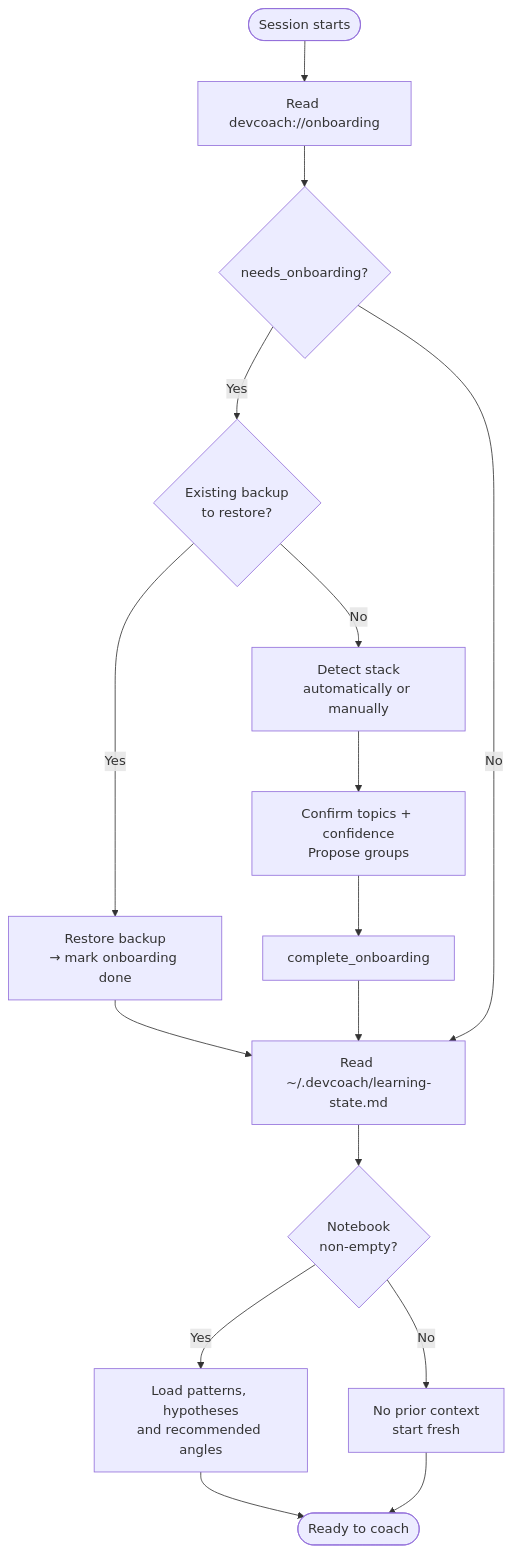
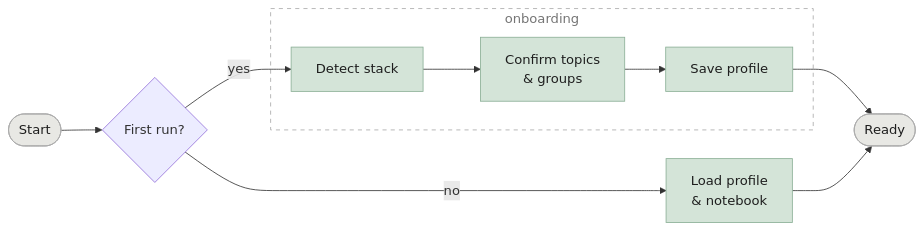
Before and after one commit to UltimaPhoenix/dev-coach: the first of 2 diagrams in docs/how-it-works.md, drawn with Mermaid. The commit also changed other lines of this file and 2 other files, not shown here.

Commit message:
docs: redesign flow diagrams — coaching loop, lesson selection priority table, agentic-loop style

````diff
--- a/docs/how-it-works.md
+++ b/docs/how-it-works.md
@@ -14,16 +14,22 @@
 ```mermaid
-flowchart TD
-    A([Session starts]) --> B[Read devcoach://onboarding]
-    B --> C{needs_onboarding?}
-    C -- Yes --> D{Existing backup\nto restore?}
-    D -- Yes --> E[Restore backup\n→ mark onboarding done]
-    D -- No --> F[Detect stack\nautomatically or manually]
-    F --> G[Confirm topics + confidence\nPropose groups]
-    G --> H[complete_onboarding]
-    E & H --> I
-    C -- No --> I[Read ~/.devcoach/learning-state.md]
-    I --> J{Notebook\nnon-empty?}
-    J -- Yes --> K[Load patterns, hypotheses\nand recommended angles]
-    J -- No --> L[No prior context\nstart fresh]
-    K & L --> M([Ready to coach])
+flowchart LR
+    A([Start]) --> B{First run?}
+    B -- yes --> C[Detect stack]
+    C --> D[Confirm topics\n& groups]
+    D --> E[Save profile]
+    B -- no --> F[Load profile\n& notebook]
+    E & F --> G([Ready])
+
+    subgraph onboarding["onboarding"]
+        C
+        D
+        E
+    end
+
+    style onboarding fill:none,stroke:#AAAAAA,stroke-dasharray:5 5,color:#757575
+    classDef action fill:#D4E4D8,stroke:#8BAF96,color:#1E1E1E
+    classDef term   fill:#E8E8E4,stroke:#AAAAAA,color:#1E1E1E
+
+    class C,D,E,F action
+    class A,G term
 ```
````
